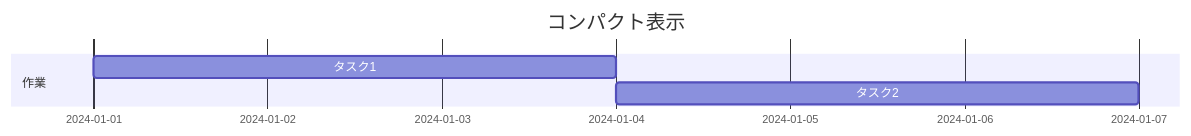
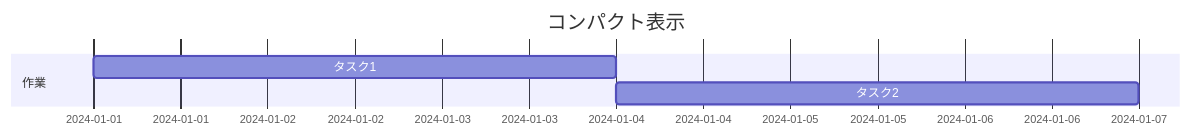
Diagram 11 of 13 in 06_gantt.md (iwatsushi/mermaid), drawn with Mermaid before and after one commit. The commit also changed other lines of this file and 5 other files, not shown here.

````diff
--- a/06_gantt.md
+++ b/06_gantt.md
@@ -189,11 +187,9 @@
 ```mermaid
 gantt
     title コンパクト表示
     dateFormat YYYY-MM-DD
-    tickInterval 1day
-    todayMarker on
 
     section 作業
     タスク1 :2024-01-01, 3d
     タスク2 :2024-01-04, 3d
 ```
````
